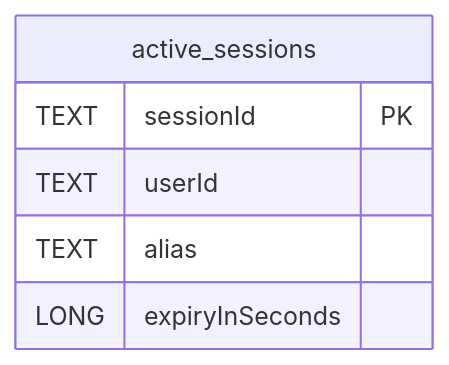
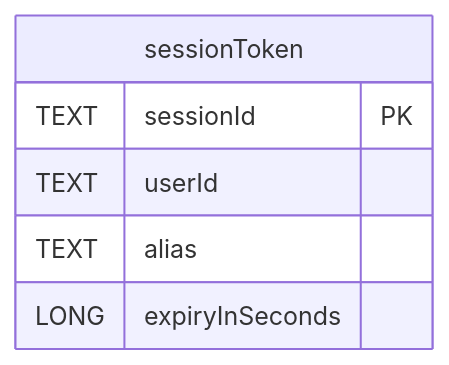
The second of 4 diagrams in Architecture.md (LKBotond/VoxPopuli), drawn with Mermaid before and after one commit. The commit also changed other lines of this file and 11 other files, not shown here.

Commit message:
added Documentations updated regex descriptions in FilterService/.../services/TextNormalizer.java with Javadoc Comments added Architecture.md files to each microservice.

````diff
--- a/Architecture.md
+++ b/Architecture.md
@@ -27,9 +32,9 @@
 ```mermaid
 erDiagram
-     active_sessions{
+     sessionToken{
         TEXT sessionId PK
         TEXT userId
         TEXT alias
         LONG expiryInSeconds
     }
 ```
````
